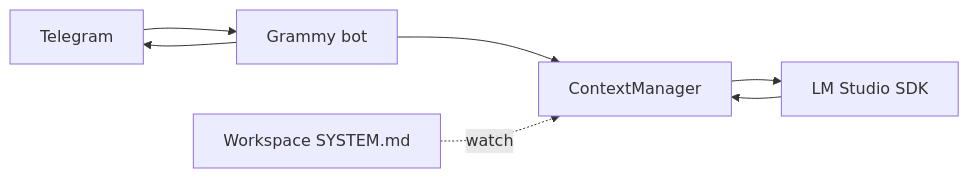
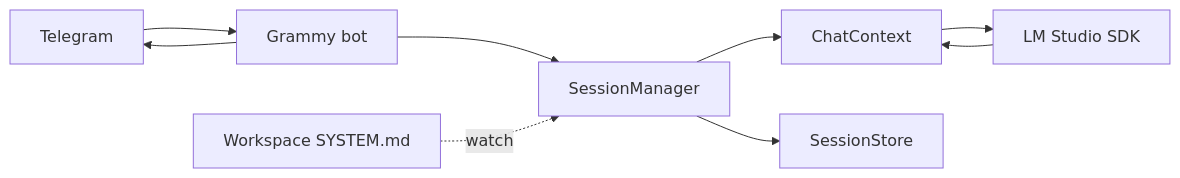
One commit to phughesmcr/deno-ai-agent changed the diagram in README.md. Above: the diagram before and after it, drawn with Mermaid. The commit also changed other lines of this file and 12 other files, not shown here.

First line of the commit message:
Refactor context management and introduce session handling

````diff
--- a/README.md
+++ b/README.md
@@ -60,9 +60,11 @@
 ```mermaid
 flowchart LR
   TG[Telegram] --> Bot[Grammy bot]
-  Bot --> Ctx[ContextManager]
-  Ctx --> LM[LM Studio SDK]
-  LM --> Ctx
+  Bot --> Sess[SessionManager]
+  Sess --> Chat[ChatContext]
+  Chat --> LM[LM Studio SDK]
+  LM --> Chat
+  Sess --> Store[SessionStore]
   Bot --> TG
-  WS[Workspace SYSTEM.md] -.->|watch| Ctx
+  WS[Workspace SYSTEM.md] -.->|watch| Sess
 ```
````
